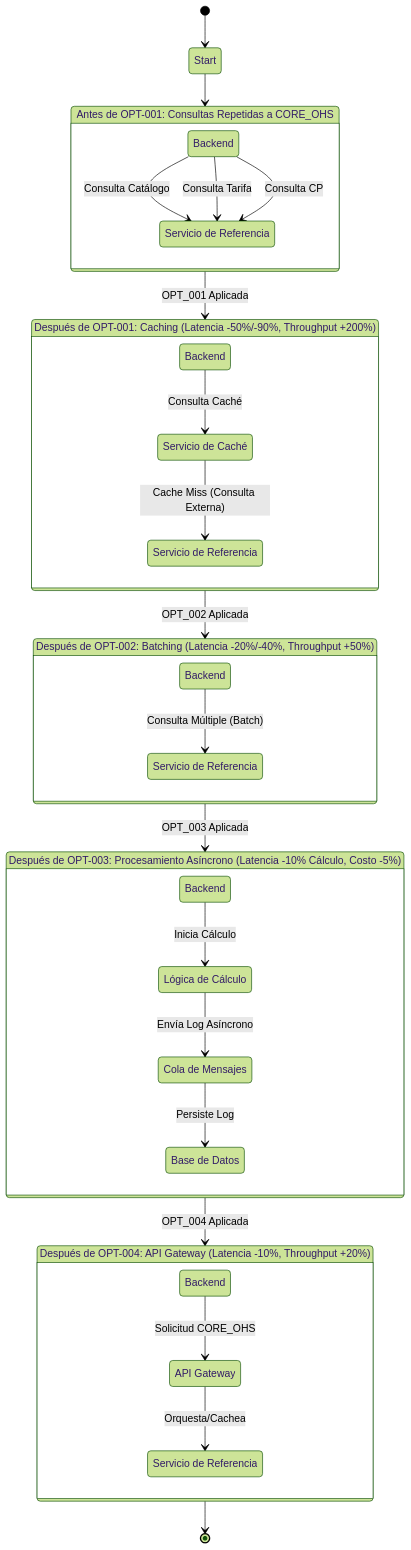
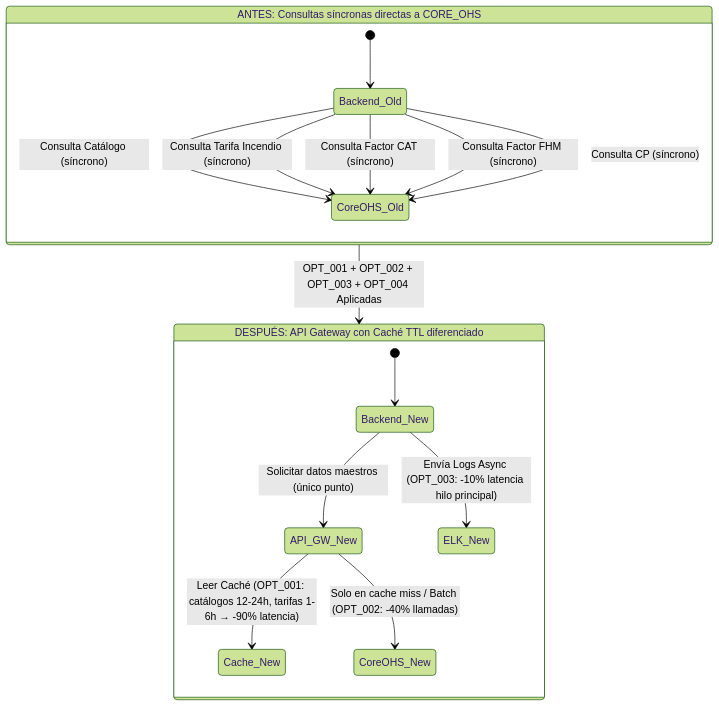
Before and after one commit to JavierLuisG/INSURANCE-QUOTATION-PLATFORM: the fourth of 5 diagrams in docs/00-context/DEPENDENCIAS.md, drawn with Mermaid (forest theme). The commit also changed other lines of this file and 1 other file, not shown here.

Commit message:
docs: add Architecture Decision Records (ADR) for key design decisions in the project

````diff
--- a/docs/00-context/DEPENDENCIAS.md
+++ b/docs/00-context/DEPENDENCIAS.md
@@ -98,51 +176,22 @@
 ```mermaid
 stateDiagram-v2
-    [*] --> Start
 
-    state "Antes de OPT-001: Consultas Repetidas a CORE_OHS" as BEFORE_OPT001 {
-        BACK_SVC_B1 : Backend
-        CORE_OHS_B1 : Servicio de Referencia
-        BACK_SVC_B1 --> CORE_OHS_B1 : Consulta Catálogo
-        BACK_SVC_B1 --> CORE_OHS_B1 : Consulta Tarifa
-        BACK_SVC_B1 --> CORE_OHS_B1 : Consulta CP
+    state "ANTES: Consultas síncronas directas a CORE_OHS" as ANTES_OPT {
+        [*] --> Backend_Old
+        Backend_Old --> CoreOHS_Old : Consulta Catálogo (síncrono)
+        Backend_Old --> CoreOHS_Old : Consulta Tarifa Incendio (síncrono)
+        Backend_Old --> CoreOHS_Old : Consulta Factor CAT (síncrono)
+        Backend_Old --> CoreOHS_Old : Consulta Factor FHM (síncrono)
+        Backend_Old --> CoreOHS_Old : Consulta CP (síncrono)
     }
 
-    state "Después de OPT-001: Caching (Latencia -50%/-90%, Throughput +200%)" as AFTER_OPT001 {
-        BACK_SVC_A1 : Backend
-        CACHE_SVC_A1 : Servicio de Caché
-        CORE_OHS_A1 : Servicio de Referencia
-        BACK_SVC_A1 --> CACHE_SVC_A1 : Consulta Caché
-        CACHE_SVC_A1 --> CORE_OHS_A1 : Cache Miss (Consulta Externa)
+    state "DESPUÉS: API Gateway con Caché TTL diferenciado" as DESPUES_OPT {
+        [*] --> Backend_New
+        Backend_New --> API_GW_New : Solicitar datos maestros (único punto)
+        API_GW_New --> Cache_New : Leer Caché (OPT_001: catálogos 12-24h, tarifas 1-6h → -90% latencia)
+        API_GW_New --> CoreOHS_New : Solo en cache miss / Batch (OPT_002: -40% llamadas)
+        Backend_New --> ELK_New : Envía Logs Async (OPT_003: -10% latencia hilo principal)
     }
 
-    state "Después de OPT-002: Batching (Latencia -20%/-40%, Throughput +50%)" as AFTER_OPT002 {
-        BACK_SVC_A2 : Backend
-        CORE_OHS_A2 : Servicio de Referencia
-        BACK_SVC_A2 --> CORE_OHS_A2 : Consulta Múltiple (Batch)
-    }
-
-    state "Después de OPT-003: Procesamiento Asíncrono (Latencia -10% Cálculo, Costo -5%)" as AFTER_OPT003 {
-        BACK_SVC_A3 : Backend
-        CALC_LOGIC_A3 : Lógica de Cálculo
-        MESSAGE_QUEUE_A3 : Cola de Mensajes
-        MONGO_DB_A3 : Base de Datos
-        BACK_SVC_A3 --> CALC_LOGIC_A3 : Inicia Cálculo
-        CALC_LOGIC_A3 --> MESSAGE_QUEUE_A3 : Envía Log Asíncrono
-        MESSAGE_QUEUE_A3 --> MONGO_DB_A3 : Persiste Log
-    }
-
-    state "Después de OPT-004: API Gateway (Latencia -10%, Throughput +20%)" as AFTER_OPT004 {
-        BACK_SVC_A4 : Backend
-        API_GW_A4 : API Gateway
-        CORE_OHS_A4 : Servicio de Referencia
-        BACK_SVC_A4 --> API_GW_A4 : Solicitud CORE_OHS
-        API_GW_A4 --> CORE_OHS_A4 : Orquesta/Cachea
-    }
-
-    Start --> BEFORE_OPT001
-    BEFORE_OPT001 --> AFTER_OPT001 : OPT_001 Aplicada
-    AFTER_OPT001 --> AFTER_OPT002 : OPT_002 Aplicada
-    AFTER_OPT002 --> AFTER_OPT003 : OPT_003 Aplicada
-    AFTER_OPT003 --> AFTER_OPT004 : OPT_004 Aplicada
-    AFTER_OPT004 --> [*]
+    ANTES_OPT --> DESPUES_OPT : OPT_001 + OPT_002 + OPT_003 + OPT_004 Aplicadas
 ```
````
